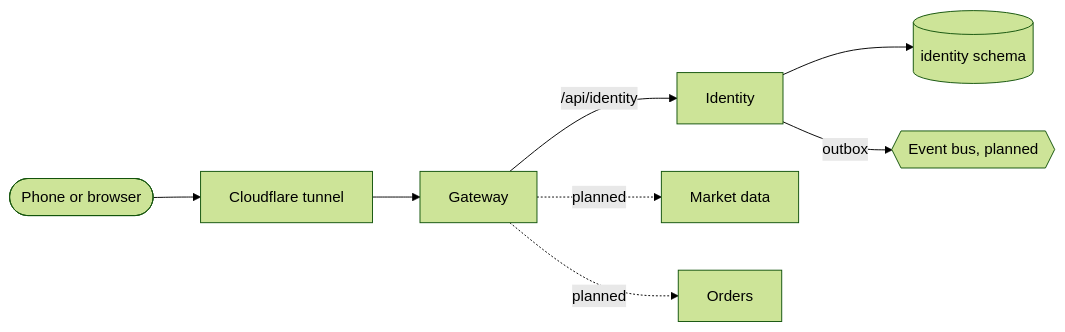
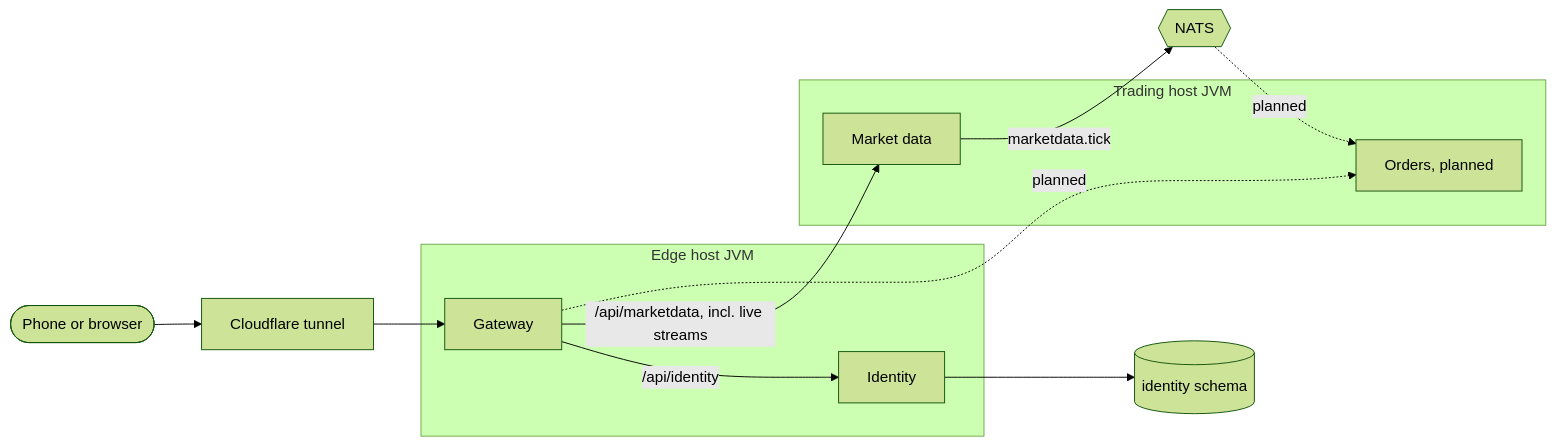
The first of 2 diagrams in docs/architecture.md (SaiNayakk/sprout-platform), drawn with Mermaid (forest theme) before and after one commit. The commit also changed other lines of this file and 42 other files, not shown here.

First line of the commit message:
Phase 1: market data in pre-prod, trading host, PERF-03, CHAOS-02/03

````diff
--- a/docs/architecture.md
+++ b/docs/architecture.md
@@ -9,10 +9,19 @@
 ```mermaid
 flowchart LR
   user([Phone or browser]) --> cf[Cloudflare tunnel]
   cf --> gw[Gateway]
-  gw -->|/api/identity| id[Identity]
-  gw -.->|planned| md[Market data]
-  gw -.->|planned| oms[Orders]
+  subgraph edge [Edge host JVM]
+    gw
+    id[Identity]
+  end
+  subgraph trading [Trading host JVM]
+    md[Market data]
+    oms[Orders, planned]
+  end
+  gw -->|/api/identity| id
+  gw -->|/api/marketdata, incl. live streams| md
+  gw -.->|planned| oms
   id --> iddb[(identity schema)]
-  id -->|outbox| bus{{Event bus, planned}}
+  md -->|marketdata.tick| nats{{NATS}}
+  nats -.->|planned| oms
 ```
````
